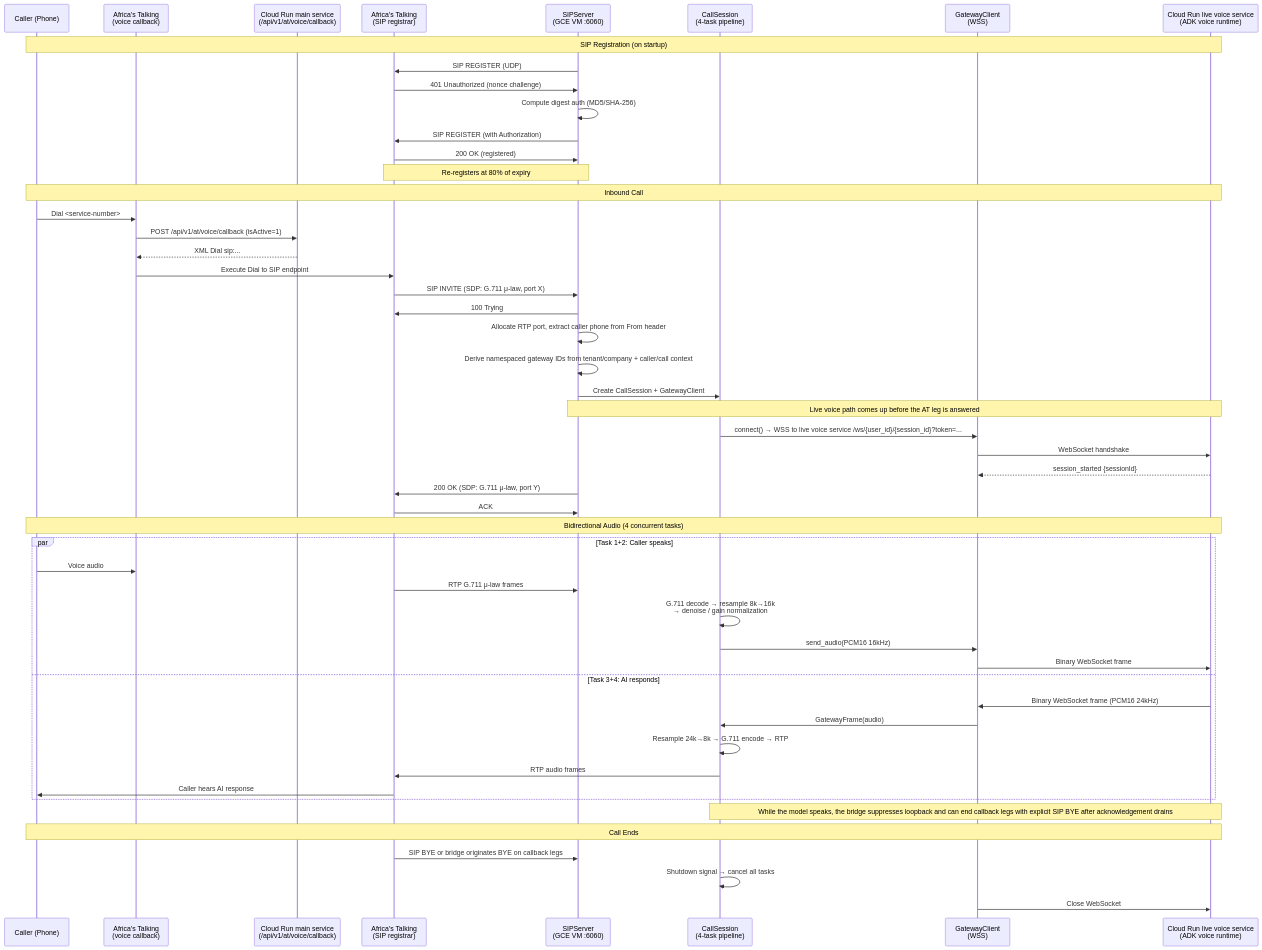
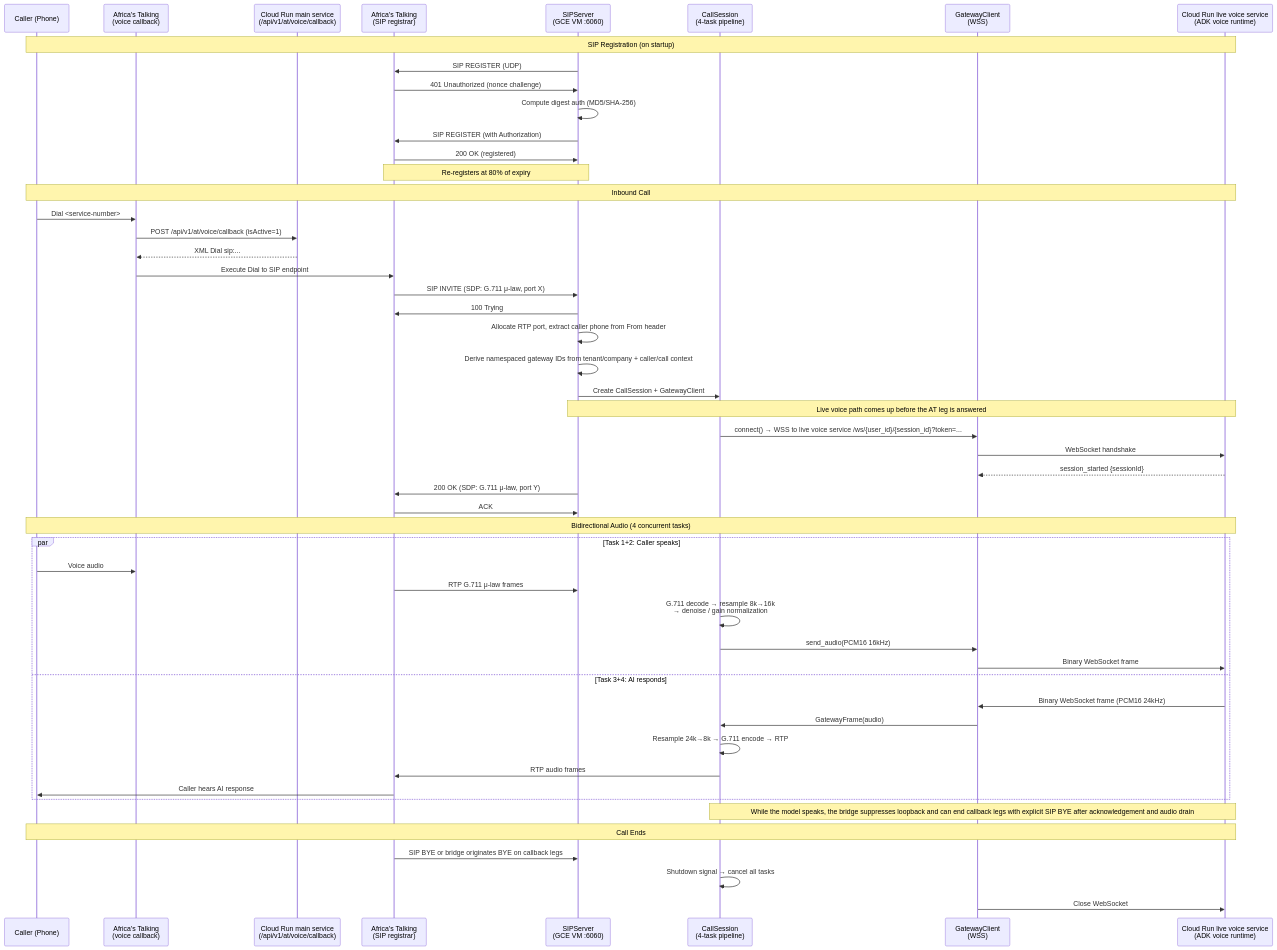
One commit to ogabasseyy/ekaette changed the second of 8 diagrams in docs/architecture/04-telephony.md. Above: the diagram before and after it, drawn with Mermaid. The commit also changed other lines of this file and 13 other files, not shown here.

````diff
--- a/docs/architecture/04-telephony.md
+++ b/docs/architecture/04-telephony.md
@@ -125,60 +125,60 @@
 ```mermaid
 sequenceDiagram
     participant CALLER as Caller (Phone)
     participant ATC as Africa's Talking<br/>(voice callback)
     participant MAIN as Cloud Run main service<br/>(/api/v1/at/voice/callback)
     participant ATS as Africa's Talking<br/>(SIP registrar)
     participant SIP as SIPServer<br/>(GCE VM :6060)
     participant SESS as CallSession<br/>(4-task pipeline)
     participant GW as GatewayClient<br/>(WSS)
     participant LIVE as Cloud Run live voice service<br/>(ADK voice runtime)
 
     Note over CALLER,LIVE: SIP Registration (on startup)
     SIP->>ATS: SIP REGISTER (UDP)
     ATS->>SIP: 401 Unauthorized (nonce challenge)
     SIP->>SIP: Compute digest auth (MD5/SHA-256)
     SIP->>ATS: SIP REGISTER (with Authorization)
     ATS->>SIP: 200 OK (registered)
     Note over SIP,ATS: Re-registers at 80% of expiry
 
     Note over CALLER,LIVE: Inbound Call
     CALLER->>ATC: Dial <service-number>
     ATC->>MAIN: POST /api/v1/at/voice/callback (isActive=1)
     MAIN-->>ATC: XML Dial sip:...
     ATC->>ATS: Execute Dial to SIP endpoint
     ATS->>SIP: SIP INVITE (SDP: G.711 μ-law, port X)
     SIP->>ATS: 100 Trying
     SIP->>SIP: Allocate RTP port, extract caller phone from From header
     SIP->>SIP: Derive namespaced gateway IDs from tenant/company + caller/call context
     SIP->>SESS: Create CallSession + GatewayClient
 
     Note over SIP,LIVE: Live voice path comes up before the AT leg is answered
     SESS->>GW: connect() → WSS to live voice service /ws/{user_id}/{session_id}?token=...
     GW->>LIVE: WebSocket handshake
     LIVE-->>GW: session_started {sessionId}
     SIP->>ATS: 200 OK (SDP: G.711 μ-law, port Y)
     ATS->>SIP: ACK
 
     Note over CALLER,LIVE: Bidirectional Audio (4 concurrent tasks)
 
     par Task 1+2: Caller speaks
         CALLER->>ATC: Voice audio
         ATS->>SIP: RTP G.711 μ-law frames
         SESS->>SESS: G.711 decode → resample 8k→16k<br/>→ denoise / gain normalization
         SESS->>GW: send_audio(PCM16 16kHz)
         GW->>LIVE: Binary WebSocket frame
     and Task 3+4: AI responds
         LIVE->>GW: Binary WebSocket frame (PCM16 24kHz)
         GW->>SESS: GatewayFrame(audio)
         SESS->>SESS: Resample 24k→8k → G.711 encode → RTP
         SESS->>ATS: RTP audio frames
         ATS->>CALLER: Caller hears AI response
     end
 
-    Note over SESS,LIVE: While the model speaks, the bridge suppresses loopback and can end callback legs with explicit SIP BYE after acknowledgement drains
+    Note over SESS,LIVE: While the model speaks, the bridge suppresses loopback and can end callback legs with explicit SIP BYE after acknowledgement and audio drain
 
     Note over CALLER,LIVE: Call Ends
     ATS->>SIP: SIP BYE or bridge originates BYE on callback legs
     SESS->>SESS: Shutdown signal → cancel all tasks
     GW->>LIVE: Close WebSocket
 ```
````
